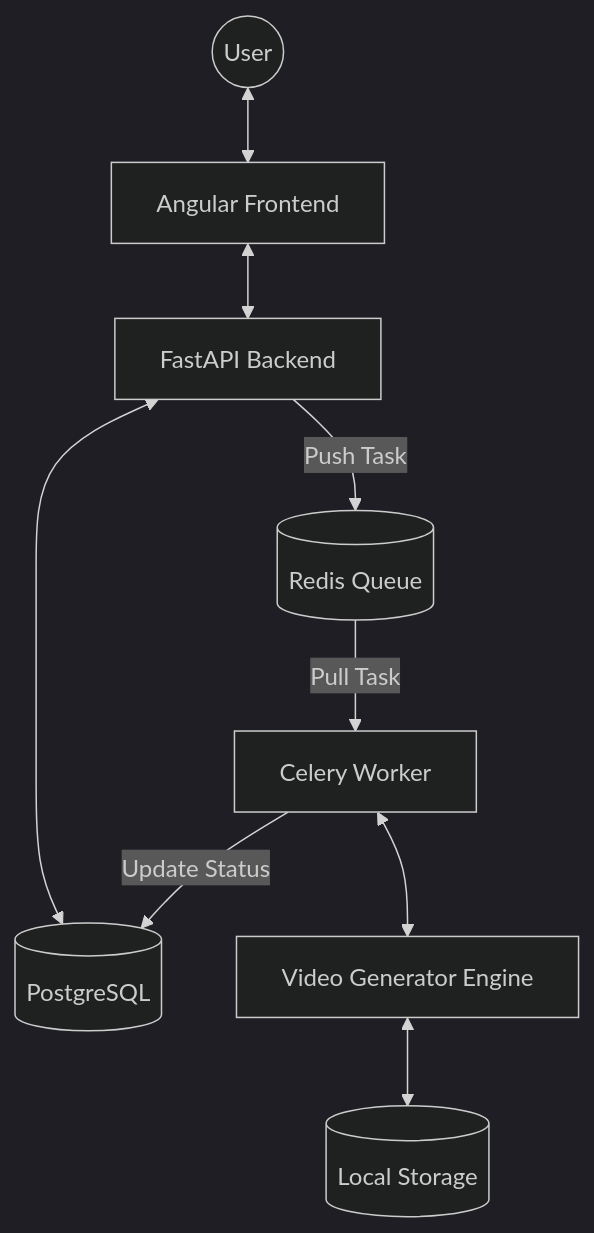
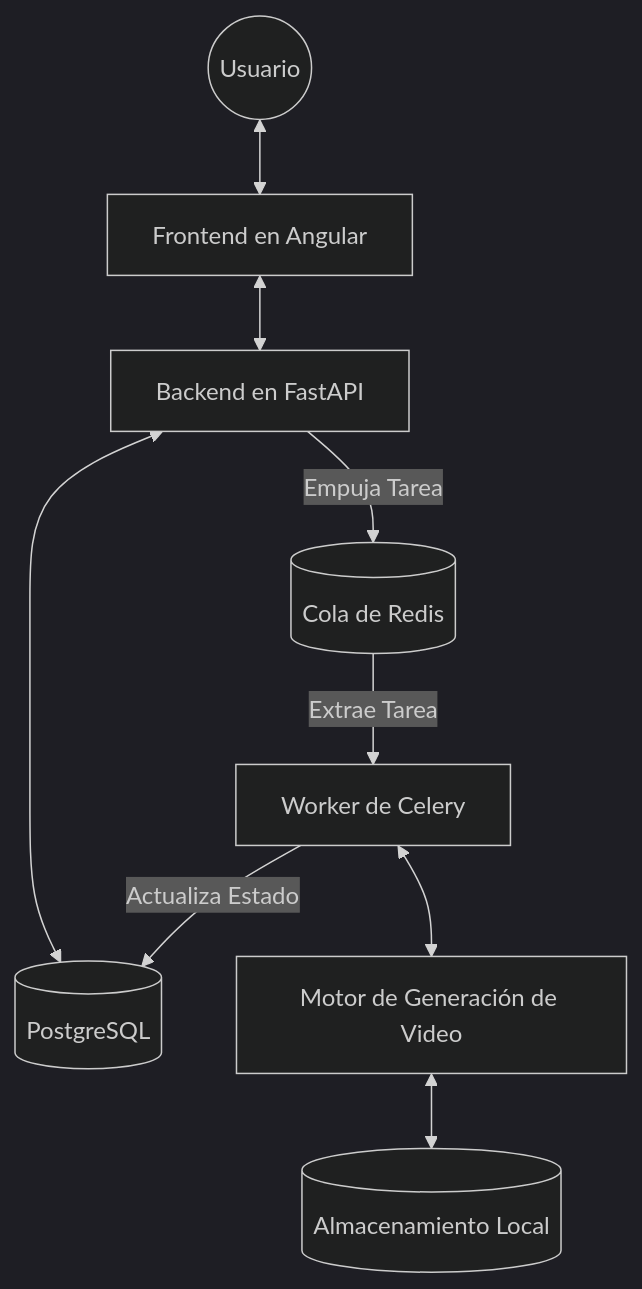
Before and after one commit to gsannchez/Automatizations_APP: the diagram in docs/SYSTEM_ARCHITECTURE.md, drawn with Mermaid (dark theme). The commit also changed other lines of this file and 9 other files, not shown here.

````diff
--- a/docs/SYSTEM_ARCHITECTURE.md
+++ b/docs/SYSTEM_ARCHITECTURE.md
@@ -9,20 +9,20 @@
 ```mermaid
 graph TD
-    User((User))
-    Frontend[Angular Frontend]
-    Backend[FastAPI Backend]
+    User((Usuario))
+    Frontend[Frontend en Angular]
+    Backend[Backend en FastAPI]
     DB[(PostgreSQL)]
-    Queue[(Redis Queue)]
-    Worker[Celery Worker]
-    Generator[Video Generator Engine]
-    Storage[(Local Storage)]
+    Queue[(Cola de Redis)]
+    Worker[Worker de Celery]
+    Generator[Motor de Generación de Video]
+    Storage[(Almacenamiento Local)]
 
     User <--> Frontend
     Frontend <--> Backend
     Backend <--> DB
-    Backend -- Push Task --> Queue
-    Queue -- Pull Task --> Worker
+    Backend -- Empuja Tarea --> Queue
+    Queue -- Extrae Tarea --> Worker
     Worker <--> Generator
     Generator <--> Storage
-    Worker -- Update Status --> DB
+    Worker -- Actualiza Estado --> DB
 ```
````
